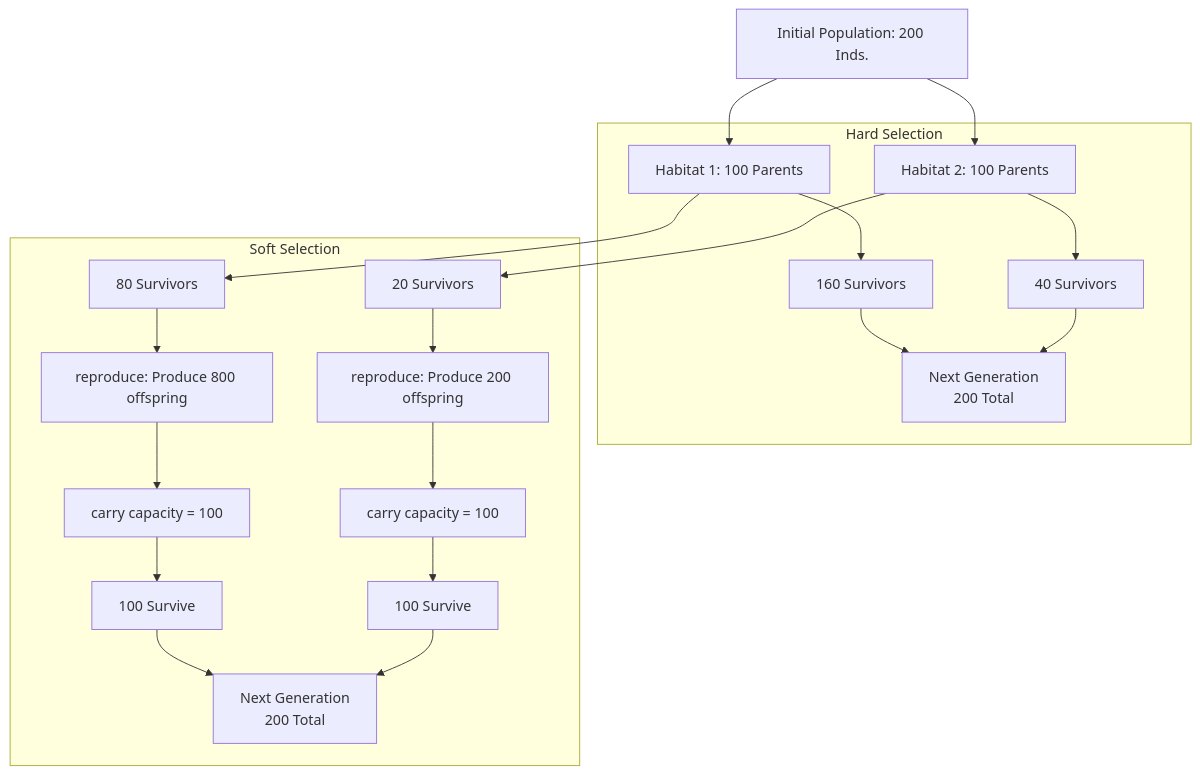
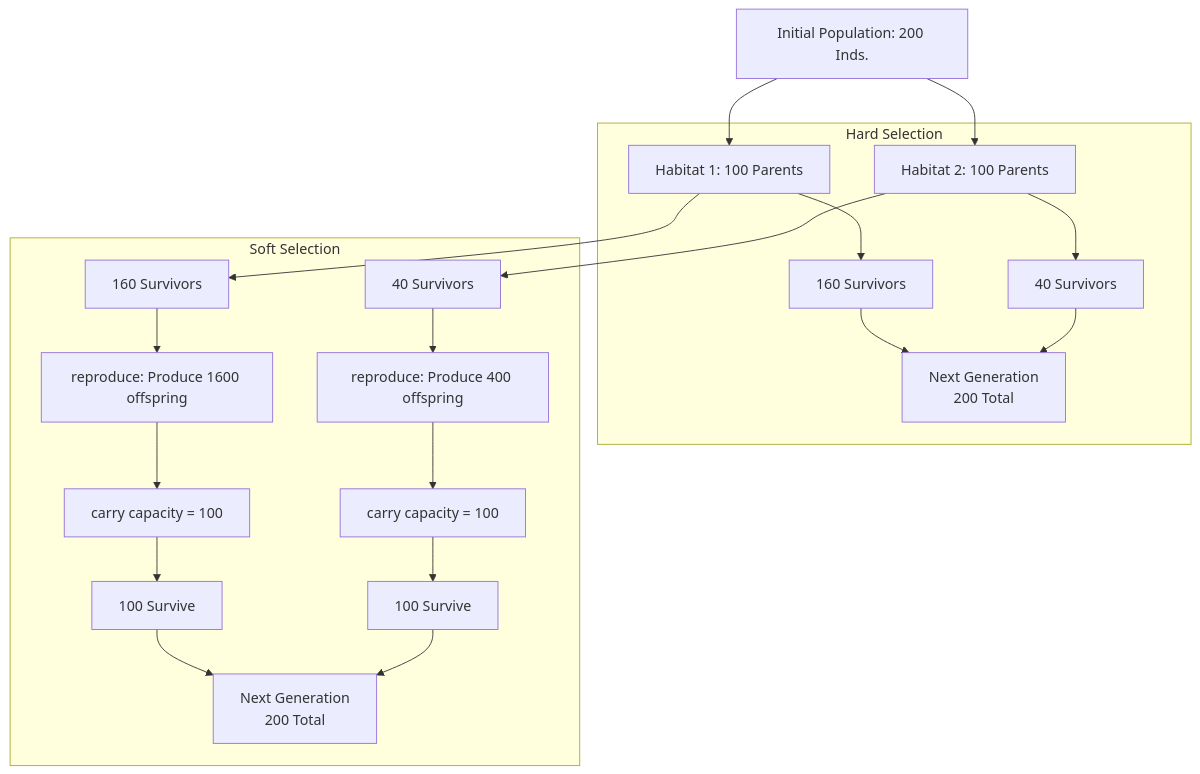
The first of 2 diagrams in Lectures/3.Fitness_EulerLotka_TypesOfSelection/3.hard_and_soft_selection.md (Jcbnunez/uvm-popgen), drawn with Mermaid before and after one commit.

Commit message:
typesofsel6

````diff
--- a/Lectures/3.Fitness_EulerLotka_TypesOfSelection/3.hard_and_soft_selection.md
+++ b/Lectures/3.Fitness_EulerLotka_TypesOfSelection/3.hard_and_soft_selection.md
@@ -125,57 +125,57 @@
 ```mermaid  
 
 flowchart TD  
 
   
 
 A[Initial Population: 200 Inds.]  
 
 A --> H1[Habitat 1: 100 Parents]  
 
 A --> H2[Habitat 2: 100 Parents]  
 
   
 
 subgraph Hard Selection  
 
 H1 --> HS1[160 Survivors]  
 
 H2 --> HS2[40 Survivors]  
 
   
 
 HS1 --> HN[Next Generation<br/>200 Total]  
 
 HS2 --> HN  
 
 end  
 
   
 
 subgraph Soft Selection  
 
-H1 --> SS1[80 Survivors]  
+H1 --> SS1[160 Survivors]  
 
-H2 --> SS2[20 Survivors] 
+H2 --> SS2[40 Survivors] 
 
 
-SS1 --> SS11[reproduce: Produce 800 offspring]  
+SS1 --> SS11[reproduce: Produce 1600 offspring]  
 
-SS2 --> SS22[reproduce: Produce 200 offspring]  
+SS2 --> SS22[reproduce: Produce 400 offspring]  
   
 
 SS11 --> SQ1[carry capacity = 100]  
 
 SS22 --> SQ2[carry capacity = 100]  
 
 SQ1 --> SQQ1[100 Survive]  
 
 SQ2 --> SQQ2[100 Survive]  
 
 SQQ1 --> SN[Next Generation<br/>200 Total]  
 
 SQQ2 --> SN  
 
 end  
 
 ```
````
